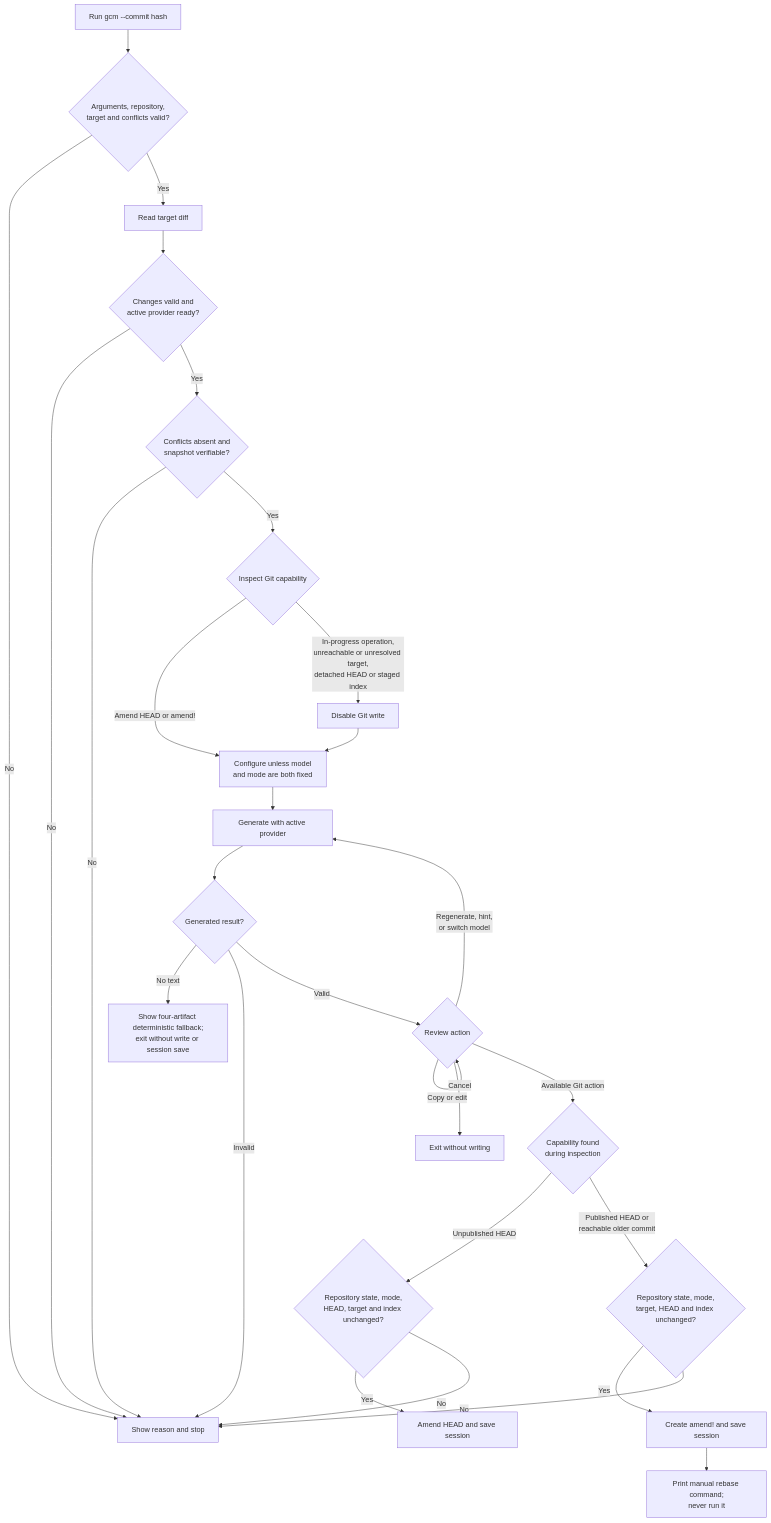
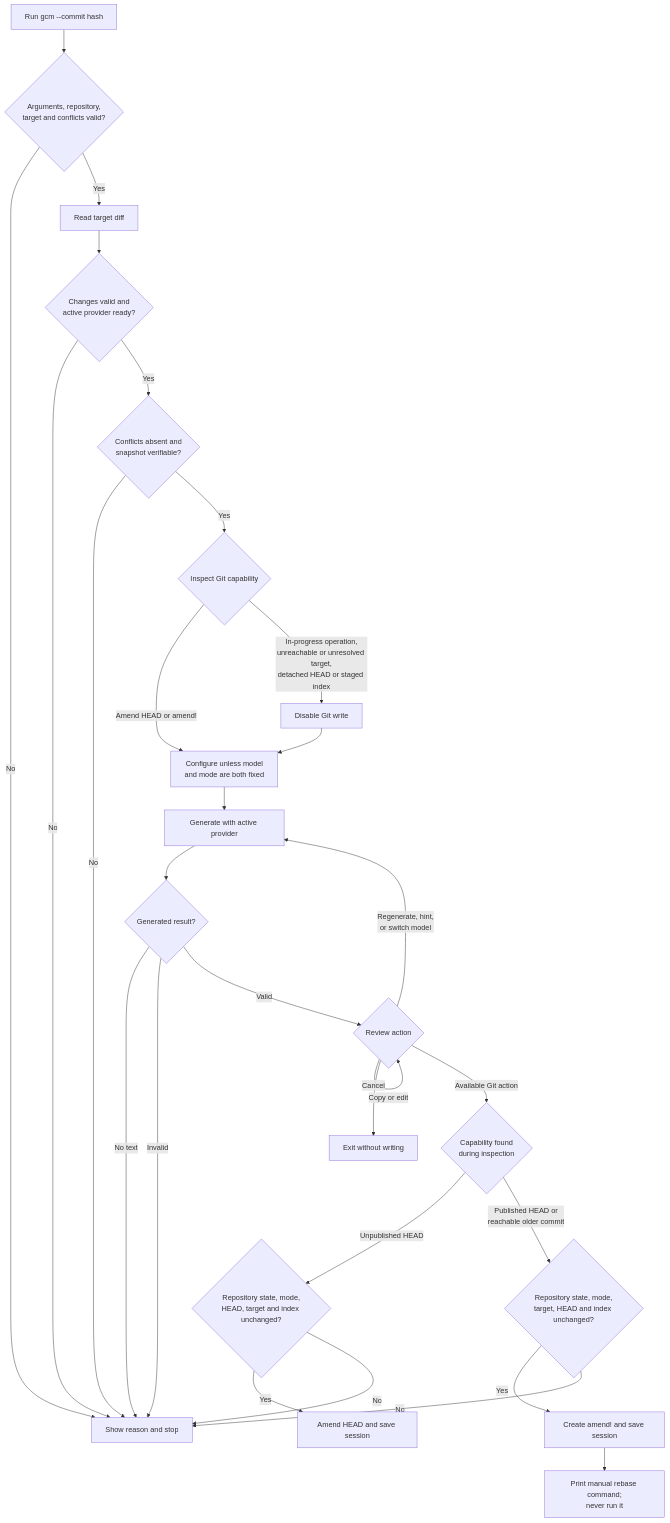
One commit to cebreus/gcm changed the third of 4 diagrams in docs/user-flow.md. Above: the diagram before and after it, drawn with Mermaid. The commit also changed other lines of this file and 86 other files, not shown here.

````diff
--- a/docs/user-flow.md
+++ b/docs/user-flow.md
@@ -74,30 +74,30 @@
 ```mermaid
 flowchart TD
   A[Run gcm --commit hash] --> B{Arguments, repository,<br/>target and conflicts valid?}
   B -- No --> X[Show reason and stop]
   B -- Yes --> C[Read target diff]
   C --> C2{Changes valid and<br/>active provider ready?}
   C2 -- No --> X
   C2 -- Yes --> C3{Conflicts absent and<br/>snapshot verifiable?}
   C3 -- No --> X
   C3 -- Yes --> C4{Inspect Git capability}
   C4 -- Amend HEAD or amend! --> D[Configure unless model<br/>and mode are both fixed]
   C4 -- In-progress operation,<br/>unreachable or unresolved target,<br/>detached HEAD or staged index --> R[Disable Git write]
   R --> D
   D --> E[Generate with active provider]
   E --> F{Generated result?}
-  F -- No text --> Y[Show four-artifact deterministic fallback;<br/>exit without write or session save]
+  F -- No text --> X
   F -- Invalid --> X
   F -- Valid --> G{Review action}
   G -- Copy or edit --> G
   G -- Regenerate, hint,<br/>or switch model --> E
   G -- Cancel --> Z[Exit without writing]
   G -- Available Git action --> H{Capability found<br/>during inspection}
   H -- Unpublished HEAD --> I{Repository state, mode,<br/>HEAD, target and index unchanged?}
   I -- Yes --> J[Amend HEAD and save session]
   I -- No --> X
   H -- Published HEAD or<br/>reachable older commit --> K{Repository state, mode,<br/>target, HEAD and index unchanged?}
   K -- Yes --> L[Create amend! and save session]
   L --> M[Print manual rebase command;<br/>never run it]
   K -- No --> X
 ```
````
